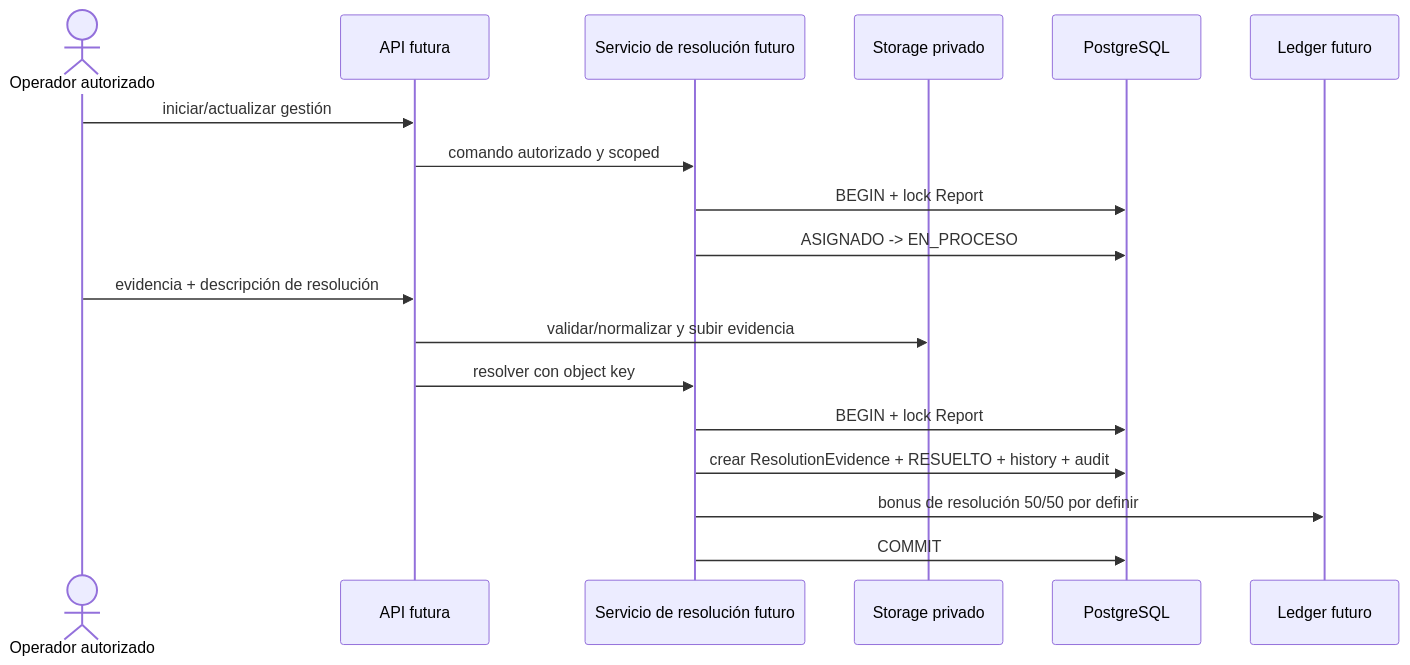
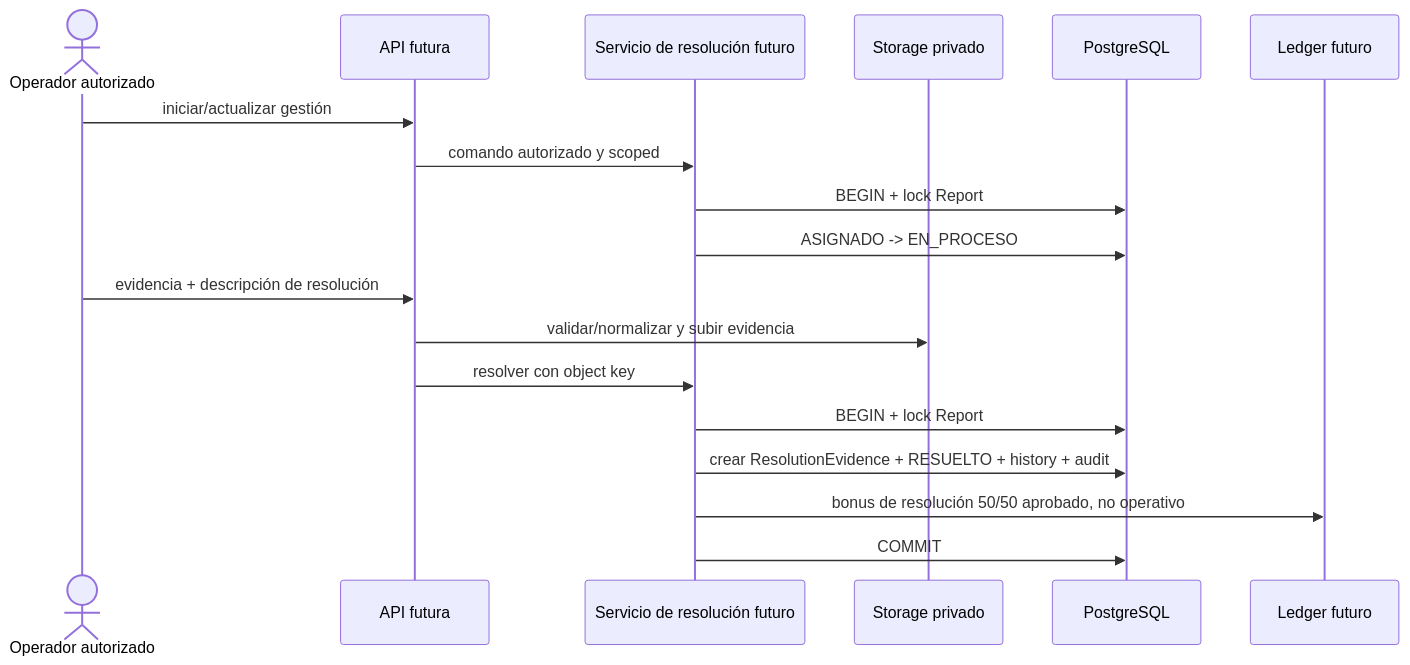
Before and after one commit to MontyPohl/ciudadania-activa: diagram 13 of 16 in docs/tesis/ACTUALIZACION_DOCUMENTO_TESIS.md, drawn with Mermaid. The commit also changed other lines of this file and 2 other files, not shown here.

````diff
--- a/docs/tesis/ACTUALIZACION_DOCUMENTO_TESIS.md
+++ b/docs/tesis/ACTUALIZACION_DOCUMENTO_TESIS.md
@@ -1595,21 +1613,21 @@
 ```mermaid
 sequenceDiagram
     actor O as Operador autorizado
     participant A as API futura
     participant R as Servicio de resolución futuro
     participant S as Storage privado
     participant D as PostgreSQL
     participant L as Ledger futuro
 
     O->>A: iniciar/actualizar gestión
     A->>R: comando autorizado y scoped
     R->>D: BEGIN + lock Report
     R->>D: ASIGNADO -> EN_PROCESO
     O->>A: evidencia + descripción de resolución
     A->>S: validar/normalizar y subir evidencia
     A->>R: resolver con object key
     R->>D: BEGIN + lock Report
     R->>D: crear ResolutionEvidence + RESUELTO + history + audit
-    R->>L: bonus de resolución 50/50 por definir
+    R->>L: bonus de resolución 50/50 aprobado, no operativo
     R->>D: COMMIT
 ```
````
